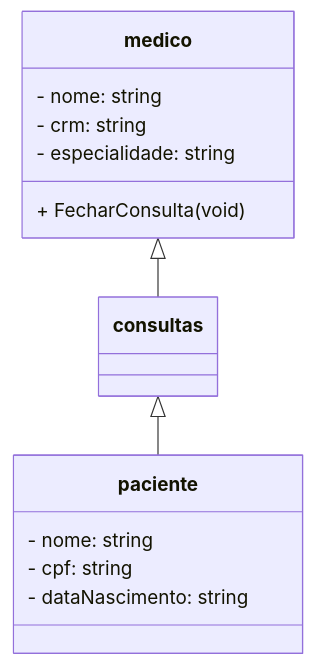
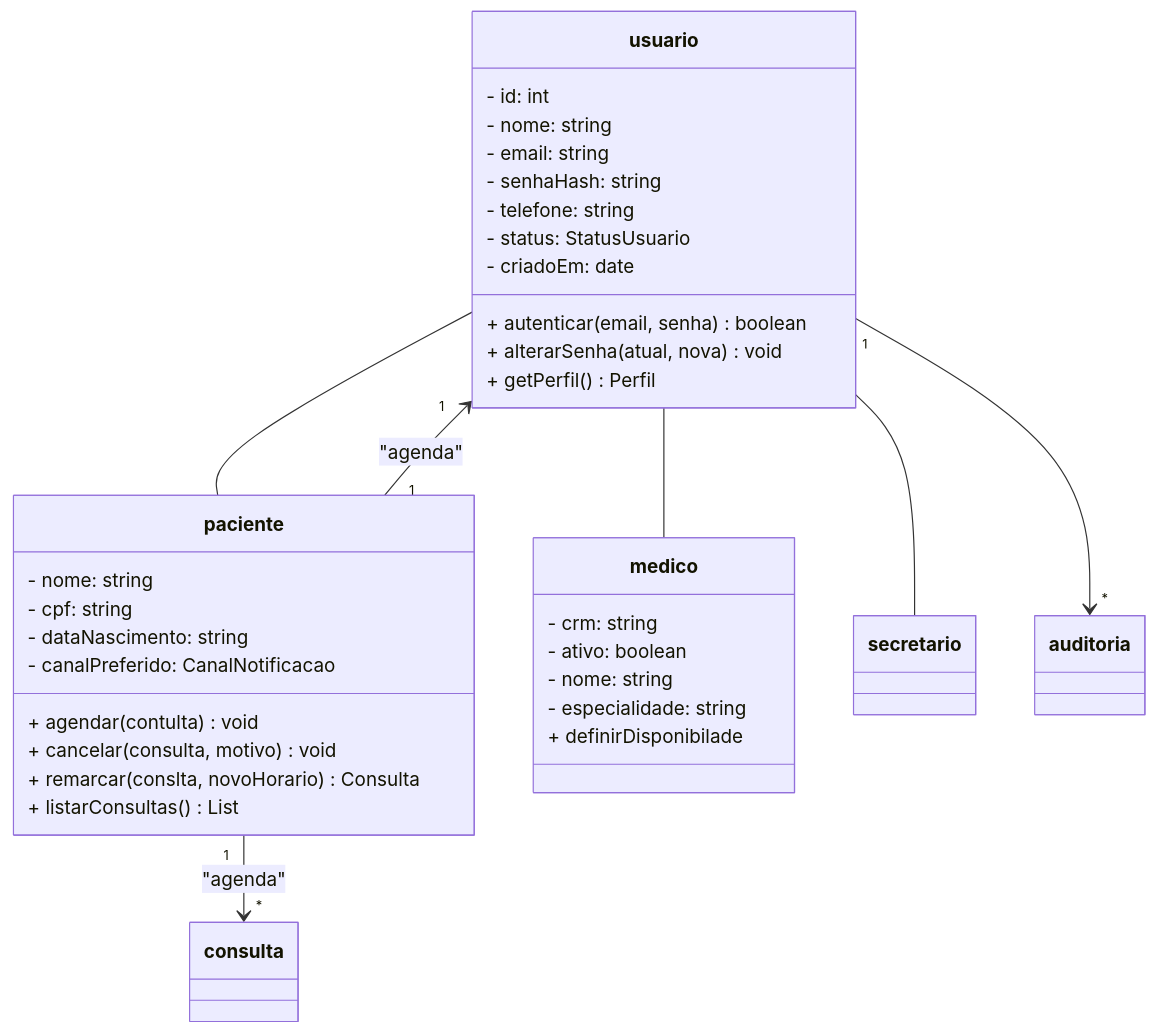
The diagram in README.md (gabrlou/aps1-modelagem-software), drawn with Mermaid before and after one commit. The commit also changed other lines of this file and 1 other file, not shown here.

Commit message:
Adicionei algumas classes

````diff
--- a/README.md
+++ b/README.md
@@ -10,24 +16,54 @@
 ```mermaid
 classDiagram
-    medico <|-- consultas
-    consultas <|-- paciente
-    class medico {
+
+    class usuario {
+        - id: int
         - nome: string
-        - crm: string
-        - especialidade: string
-        + FecharConsulta (void)
+        - email: string
+        - senhaHash: string
+        - telefone: string
+        - status: StatusUsuario
+        - criadoEm: date
+
+        + autenticar(email, senha) boolean
+        + alterarSenha(atual, nova) void
+        + getPerfil() Perfil
     }
+
+    usuario -- paciente
+    usuario -- medico
+    usuario -- secretario
+    usuario "1" --> "*" auditoria
 
     class paciente {
         - nome: string
         - cpf: string
         - dataNascimento: string
+        - canalPreferido: CanalNotificacao
 
+        + agendar(contulta) void
+        + cancelar(consulta, motivo) void
+        + remarcar(conslta, novoHorario) Consulta
+        + listarConsultas() List<Consulta>
     }
 
-    class consultas {
-        
+    paciente "1" --> "*" consulta: "agenda"
+    paciente "1" --> "1" usuario: "agenda"
+
+    class medico {
+        - crm: string
+        - ativo: boolean
+        - nome: string
+        - especialidade: string
+        + definirDisponibilade
     }
 
 
+
+
+    class consulta {
+        
+    }
+    
+
 ```
````
